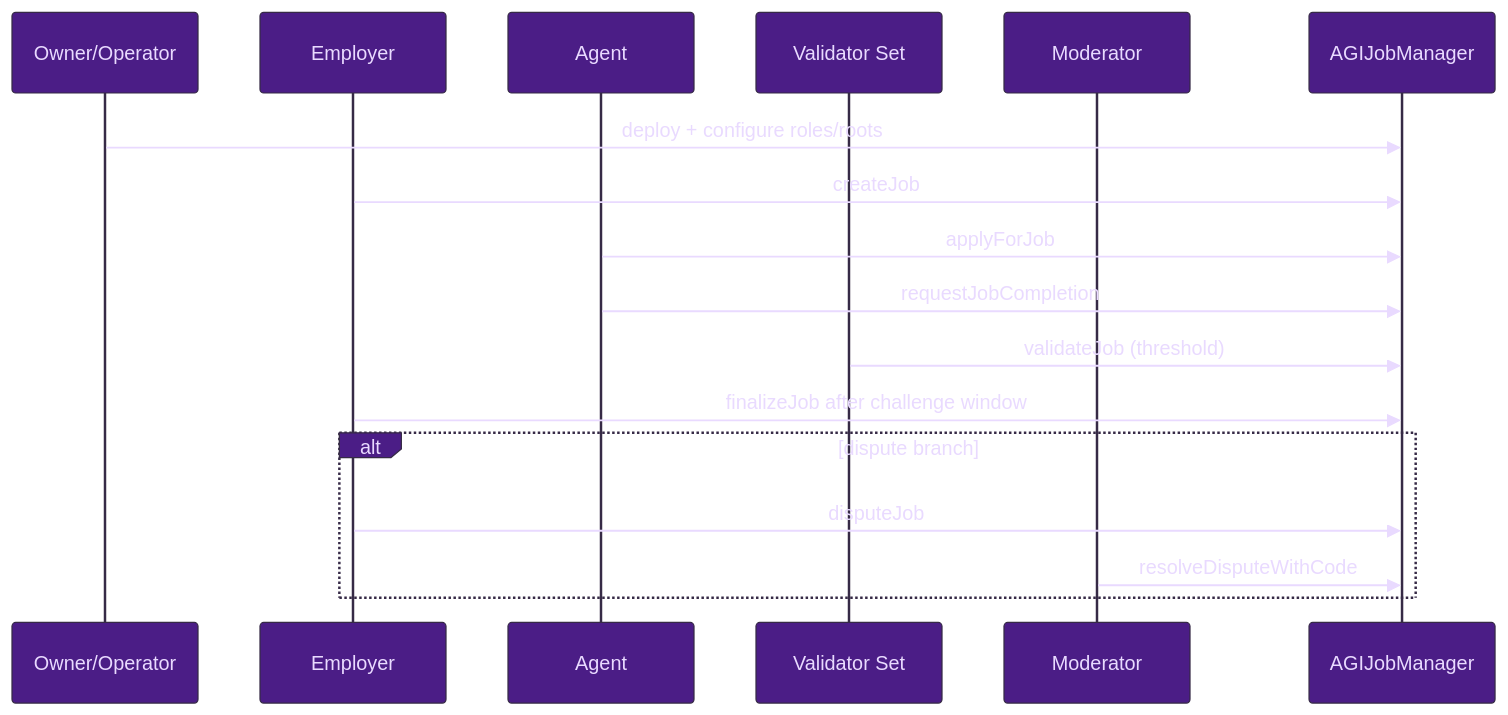
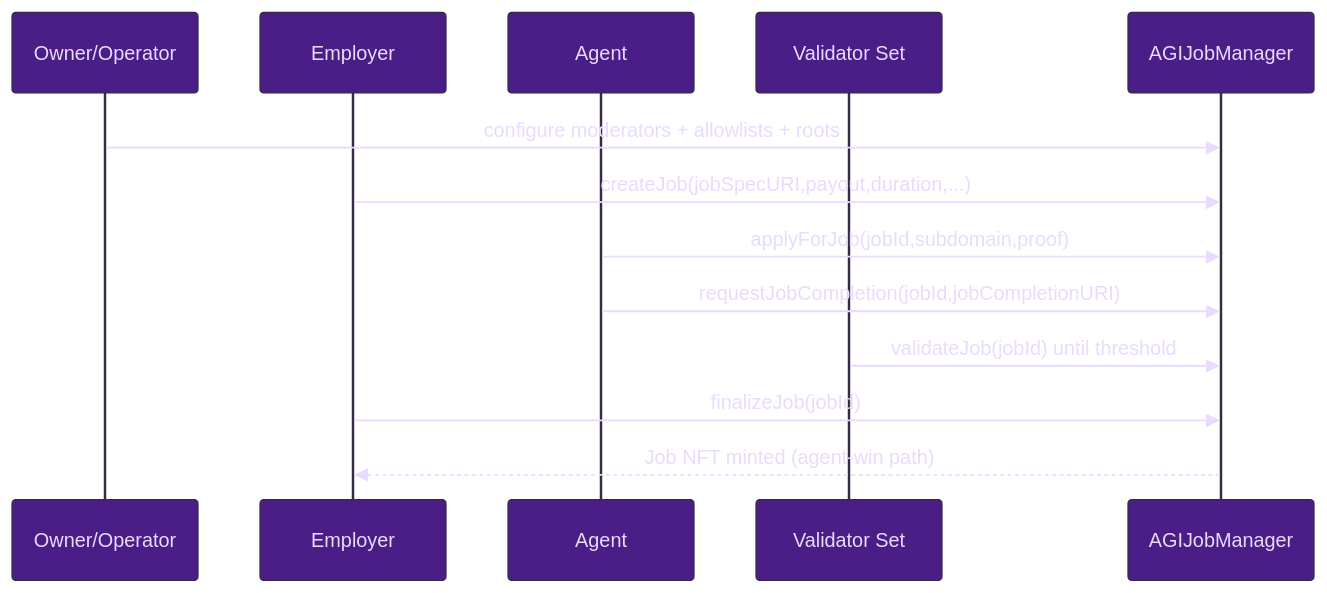
Before and after one commit to MontrealAI/AGIJobManager: the first of 2 diagrams in docs/QUINTESSENTIAL_USE_CASE.md, drawn with Mermaid. The commit also changed other lines of this file and 11 other files, not shown here.

````diff
--- a/docs/QUINTESSENTIAL_USE_CASE.md
+++ b/docs/QUINTESSENTIAL_USE_CASE.md
@@ -33,21 +39,17 @@
 ```mermaid
 %%{init: {"theme":"base","themeVariables":{"fontFamily":"ui-sans-serif, system-ui, -apple-system, Segoe UI, Roboto, Arial","background":"#14001F","primaryColor":"#4B1D86","primaryTextColor":"#E9DAFF","lineColor":"#7A3FF2","tertiaryColor":"#1B0B2A","noteBkgColor":"#1B0B2A","noteTextColor":"#E9DAFF"}}}%%
 sequenceDiagram
   participant O as Owner/Operator
   participant E as Employer
   participant A as Agent
   participant V as Validator Set
-  participant M as Moderator
   participant C as AGIJobManager
 
-  O->>C: deploy + configure roles/roots
-  E->>C: createJob
-  A->>C: applyForJob
-  A->>C: requestJobCompletion
-  V->>C: validateJob (threshold)
-  E->>C: finalizeJob after challenge window
-  alt dispute branch
-    E->>C: disputeJob
-    M->>C: resolveDisputeWithCode
-  end
+  O->>C: configure moderators + allowlists + roots
+  E->>C: createJob(jobSpecURI,payout,duration,...)
+  A->>C: applyForJob(jobId,subdomain,proof)
+  A->>C: requestJobCompletion(jobId,jobCompletionURI)
+  V->>C: validateJob(jobId) until threshold
+  E->>C: finalizeJob(jobId)
+  C-->>E: Job NFT minted (agent-win path)
 ```
````
